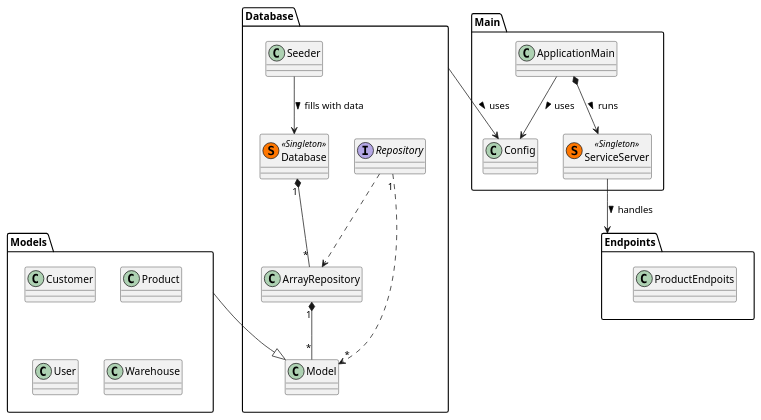
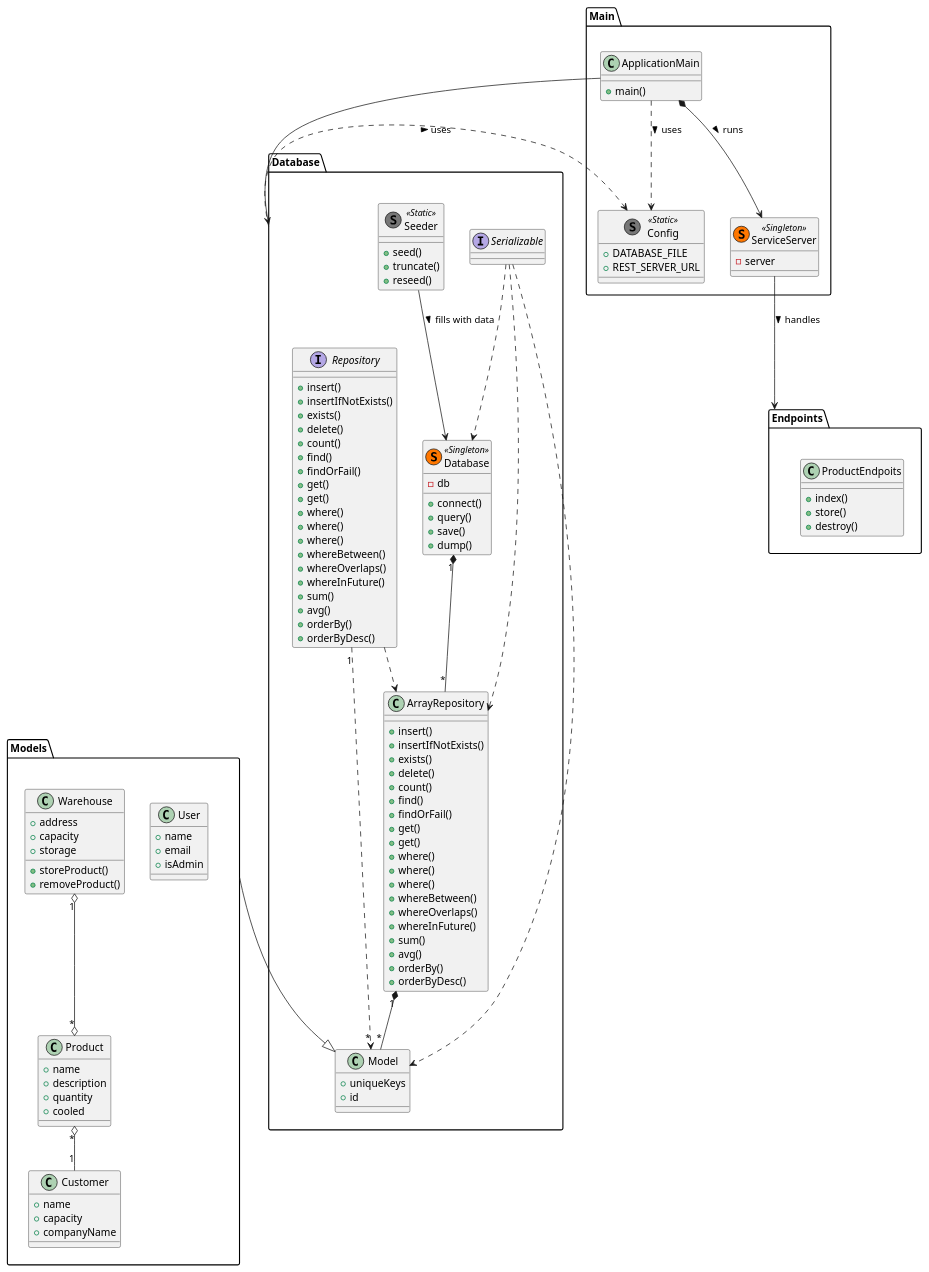
The diagram in docs/ClassDiagram.puml (pekmil/RESTServer), drawn with PlantUML before and after one commit.

Commit message:
update class diagram

```diff
--- a/docs/ClassDiagram.puml
+++ b/docs/ClassDiagram.puml
@@ -1,42 +1,136 @@
 @startuml
 
 package "Database" {
-    Class ArrayRepository
-    Class Database  << (S,#FF7700) Singleton >>
-    Class Model
-    Interface Repository
-    Class Seeder
+    Interface Serializable
+
+    Class ArrayRepository{
+        + insert()
+        + insertIfNotExists()
+        + exists()
+        + delete()
+        + count()
+        + find()
+        + findOrFail()
+        + get()
+        + get()
+        + where()
+        + where()
+        + where()
+        + whereBetween()
+        + whereOverlaps()
+        + whereInFuture()
+        + sum()
+        + avg()
+        + orderBy()
+        + orderByDesc()
+    }
+    Class Database  << (S,#FF7700) Singleton >> {
+        - db
+        + connect()
+        + query()
+        + save()
+        + dump()
+    }
+    Class Model {
+        + uniqueKeys
+        + id
+
+    }
+    Interface Repository {
+        + insert()
+        + insertIfNotExists()
+        + exists()
+        + delete()
+        + count()
+        + find()
+        + findOrFail()
+        + get()
+        + get()
+        + where()
+        + where()
+        + where()
+        + whereBetween()
+        + whereOverlaps()
+        + whereInFuture()
+        + sum()
+        + avg()
+        + orderBy()
+        + orderByDesc()
+    }
+    Class Seeder << (S,#777777) Static >> {
+        + seed()
+        + truncate()
+        + reseed()
+    }
 
     Repository ..> ArrayRepository
     Repository "1" ..> "*" Model
     ArrayRepository "1" *-- "*" Model
     Database "1" *-- "*" ArrayRepository
     Seeder --> Database : fills with data >
+
+    Serializable ..> Database
+    Serializable ..> ArrayRepository
+    Serializable ..> Model
 }
 
 package "Endpoints" {
-    Class ProductEndpoits
+    Class ProductEndpoits {
+        + index()
+        + store()
+        + destroy()
+    }
 }
 
 package "Models" {
-    Class Customer
-    Class Product
-    Class User
-    Class Warehouse
+    Class Customer {
+        + name
+        + capacity
+        + companyName
+    }
+    Class Product {
+        + name
+        + description
+        + quantity
+        + cooled
+    }
+    Class User {
+        + name
+        + email
+        + isAdmin
+    }
+    Class Warehouse {
+        + address
+        + capacity
+        + storage
+        + storeProduct()
+        + removeProduct()
+    }
+
+    Product "*" o-- "1" Customer
+    Warehouse "1" o--o "*" Product
 }
 
 Models --|> Model
 
 package "Main" {
-    Class ApplicationMain
-    Class Config
-    Class ServiceServer << (S,#FF7700) Singleton >>
+    Class ApplicationMain {
+        + main()
+    }
+    Class Config << (S,#777777) Static >> {
+        + DATABASE_FILE
+        + REST_SERVER_URL
+    }
+    Class ServiceServer << (S,#FF7700) Singleton >> {
+        - server
+    }
 
     ApplicationMain *--> ServiceServer : runs >
 }
 
-Database --> Config : uses >
-ApplicationMain --> Config : uses >
+Database ..> Config : uses >
+ApplicationMain ..> Config : uses >
+ApplicationMain --> Database
 ServiceServer --> Endpoints : handles >
 
 @enduml
```
